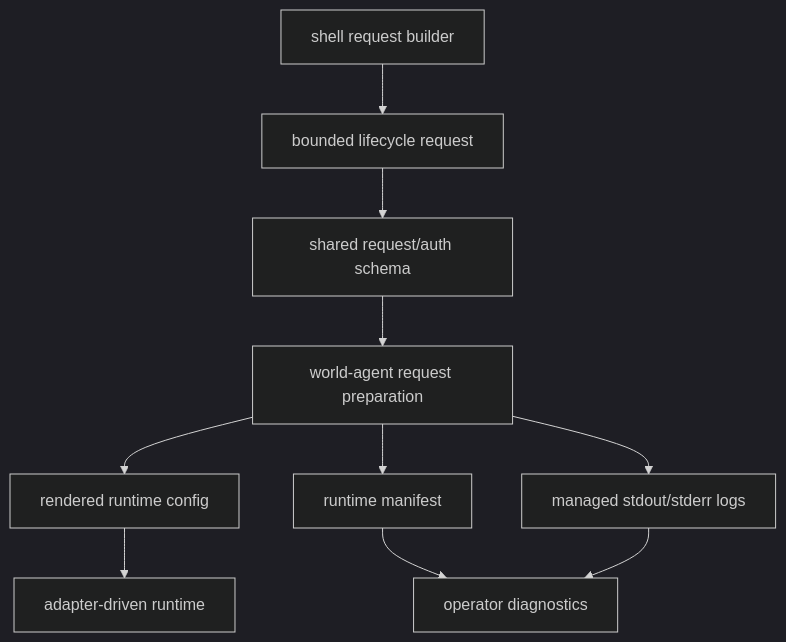
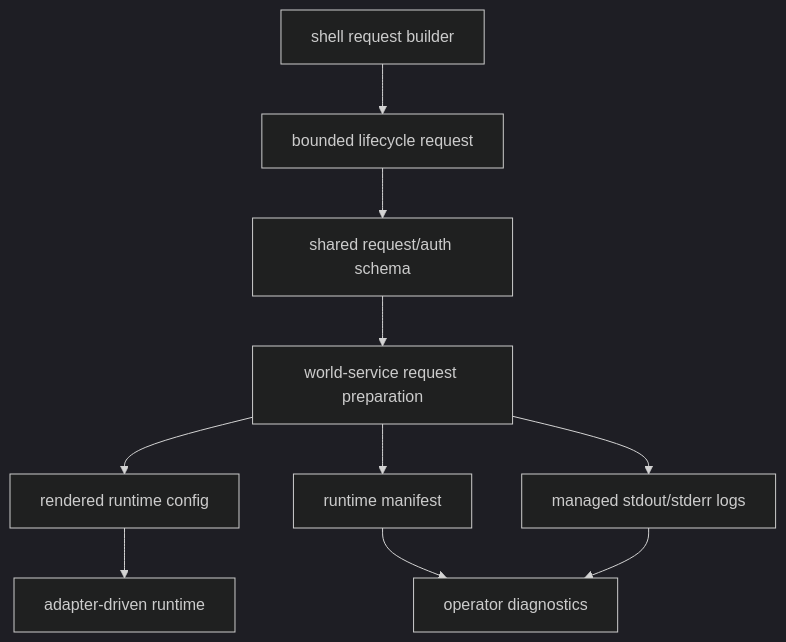
The second of 2 diagrams in docs/project_management/packs/draft/gateway-backend-selection-runtime-integration-fse/threaded-seams/seam-2-runtime-realization-and-artifacts/review.md (atomize-hq/substrate), drawn with Mermaid (dark theme) before and after one commit. The commit also changed other lines of this file and 590 other files, not shown here.

````diff
--- a/docs/project_management/packs/draft/gateway-backend-selection-runtime-integration-fse/threaded-seams/seam-2-runtime-realization-and-artifacts/review.md
+++ b/docs/project_management/packs/draft/gateway-backend-selection-runtime-integration-fse/threaded-seams/seam-2-runtime-realization-and-artifacts/review.md
@@ -33,12 +33,12 @@
 ```mermaid
 flowchart TB
   SHELL["shell request builder"] --> REQ["bounded lifecycle request"]
   REQ --> TYPES["shared request/auth schema"]
-  TYPES --> SERVICE["world-agent request preparation"]
+  TYPES --> SERVICE["world-service request preparation"]
   SERVICE --> CFG["rendered runtime config"]
   SERVICE --> MAN["runtime manifest"]
   SERVICE --> LOG["managed stdout/stderr logs"]
   CFG --> RUNTIME["adapter-driven runtime"]
   MAN --> OPS["operator diagnostics"]
   LOG --> OPS
 ```
````
